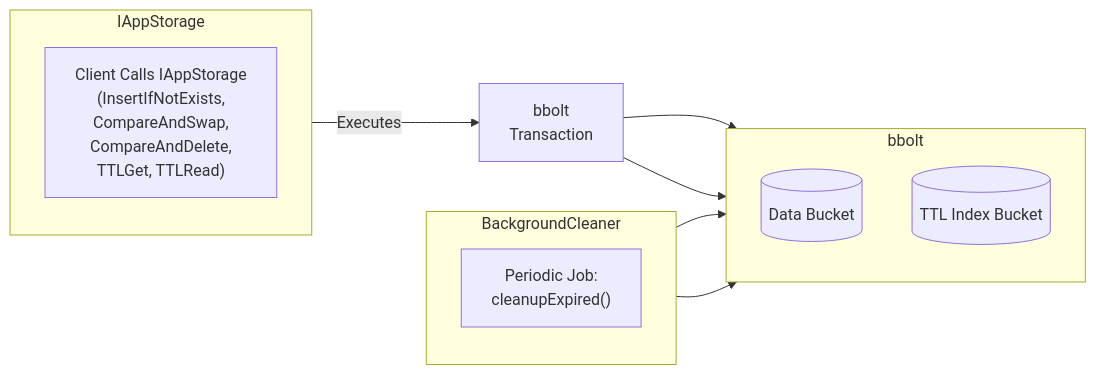
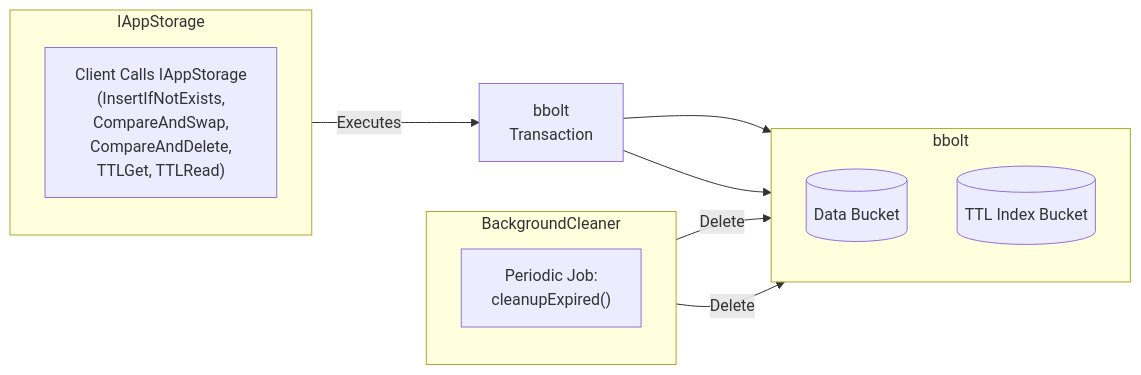
Before and after one commit to voedger/voedger: the diagram in pkg/istorage/bbolt/README.md, drawn with Mermaid. The commit also changed other lines of this file and 5 other files, not shown here.

````diff
--- a/pkg/istorage/bbolt/README.md
+++ b/pkg/istorage/bbolt/README.md
@@ -1,31 +3,31 @@
 ```mermaid
 flowchart LR
     subgraph IAppStorage
     direction TB
     A["Client Calls IAppStorage<br>(InsertIfNotExists,<br>CompareAndSwap,<br>CompareAndDelete,<br>TTLGet, TTLRead)"]
     end
 
     A -->|Executes| B[bbolt<br>Transaction]
 
     subgraph bbolt
     direction TB
     C[(Data Bucket)]
     D[(TTL Index Bucket)]
     end
 
     B --> C
     B --> D
 
     subgraph BackgroundCleaner
     direction TB
     E["Periodic Job:<br>cleanupExpired()"]
     end
 
-    E --> D
-    E --> C
+    E -->|Delete| D
+    E -->|Delete| C
 
     click A "#iappstorage-interface" "IAppStorage interface methods"
     click C "#data-bucket" "Data Bucket for storing key/value"
     click D "#ttl-index-bucket" "TTL Bucket sorted by expiration"
     click E "#background-cleaner" "Scans TTL Index & removes expired records"
 ```    
````
